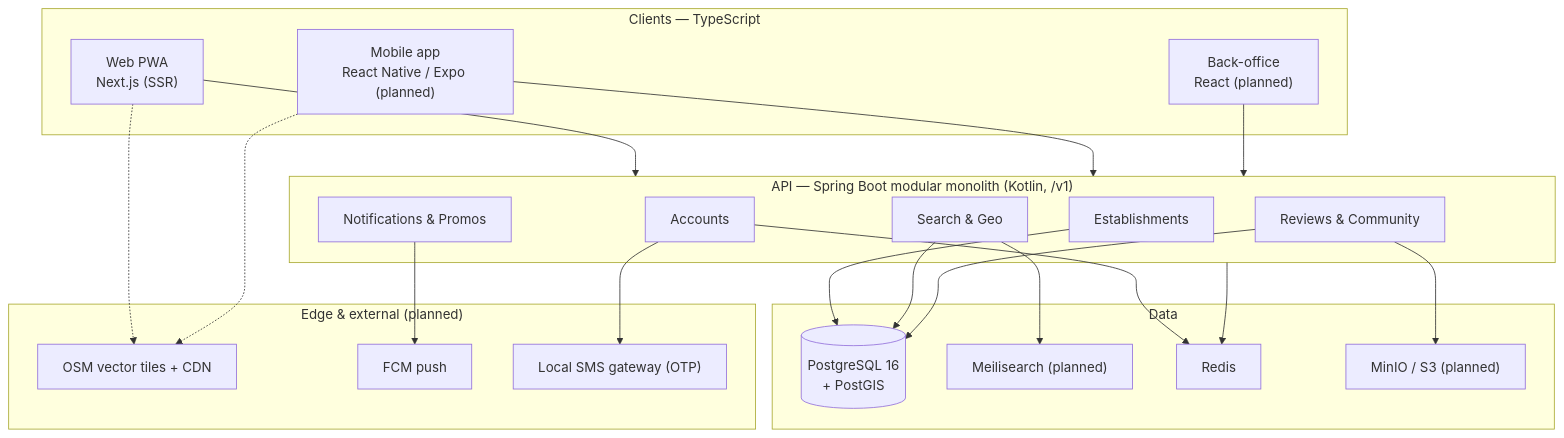
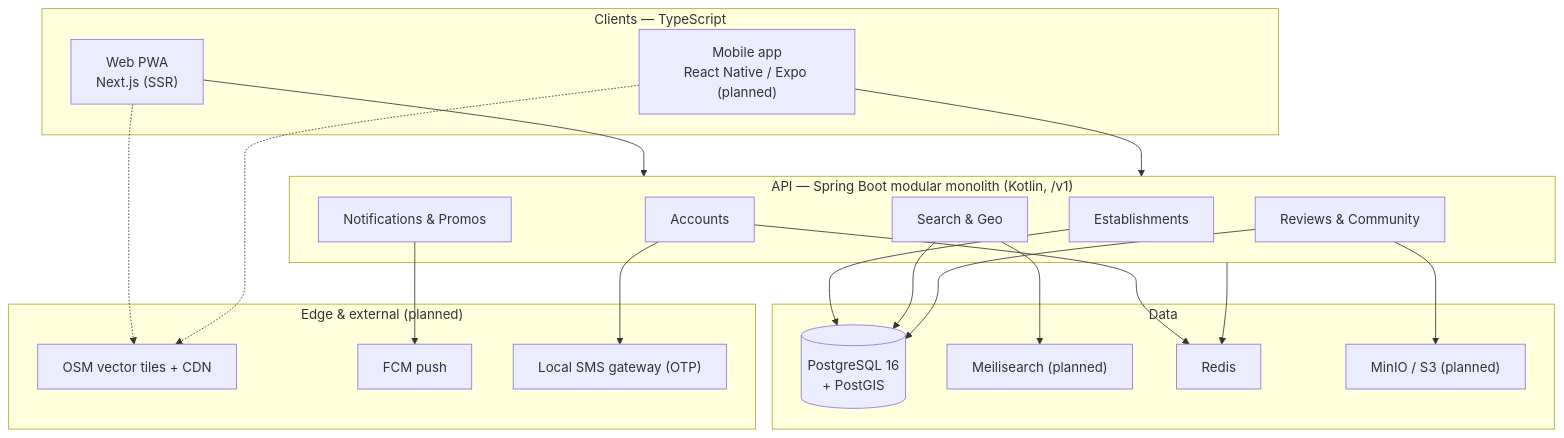
One commit to HarenaFiantso/Fikaliako changed the diagram in README.md. Above: the diagram before and after it, drawn with Mermaid. The commit also changed other lines of this file and 29 other files, not shown here.

First line of the commit message:
chore: remove the back-office app (#15)

````diff
--- a/README.md
+++ b/README.md
@@ -109,41 +108,40 @@
 ```mermaid
 flowchart TB
     subgraph Clients["Clients — TypeScript"]
         web["Web PWA<br/>Next.js (SSR)"]
         mobile["Mobile app<br/>React Native / Expo (planned)"]
-        bo["Back-office<br/>React (planned)"]
     end
 
     subgraph API["API — Spring Boot modular monolith (Kotlin, /v1)"]
         estab["Establishments"]
         search["Search & Geo"]
         community["Reviews & Community"]
         notifs["Notifications & Promos"]
         accounts["Accounts"]
     end
 
     subgraph Data["Data"]
         pg[("PostgreSQL 16<br/>+ PostGIS")]
         meili["Meilisearch (planned)"]
         redis["Redis"]
         minio["MinIO / S3 (planned)"]
     end
 
     subgraph Edge["Edge & external (planned)"]
         tiles["OSM vector tiles + CDN"]
         fcm["FCM push"]
         sms["Local SMS gateway (OTP)"]
     end
 
-    web & mobile & bo --> API
+    web & mobile --> API
     estab & search --> pg
     search --> meili
     community --> pg
     community --> minio
     notifs --> fcm
     accounts --> redis
     accounts --> sms
     API --> redis
     web -.-> tiles
     mobile -.-> tiles
 ```
````
